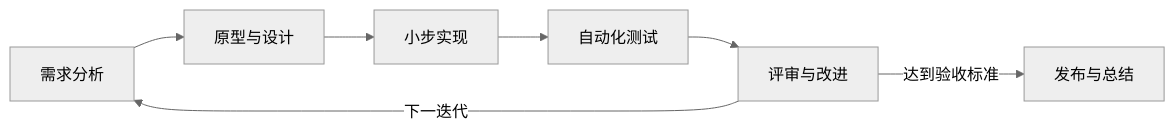
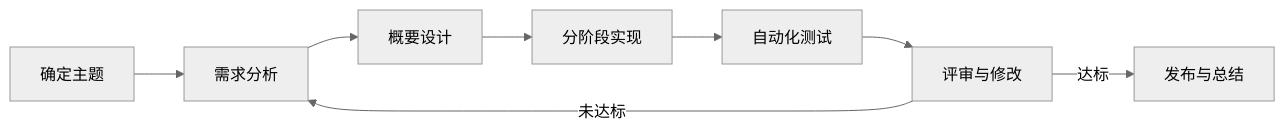
The diagram in PROJECT_PLAN.md (Aqua196/software-engineering-experiment-1), drawn with Mermaid (neutral theme) before and after one commit. The commit also changed other lines of this file and 2 other files, not shown here.

````diff
--- a/PROJECT_PLAN.md
+++ b/PROJECT_PLAN.md
@@ -46,9 +21,10 @@
 ```mermaid
 flowchart LR
-    A[需求分析] --> B[原型与设计]
-    B --> C[小步实现]
-    C --> D[自动化测试]
-    D --> E[评审与改进]
-    E -->|下一迭代| A
-    E -->|达到验收标准| F[发布与总结]
+    A[确定主题] --> B[需求分析]
+    B --> C[概要设计]
+    C --> D[分阶段实现]
+    D --> E[自动化测试]
+    E --> F[评审与修改]
+    F -->|未达标| B
+    F -->|达标| G[发布与总结]
 ```
````
